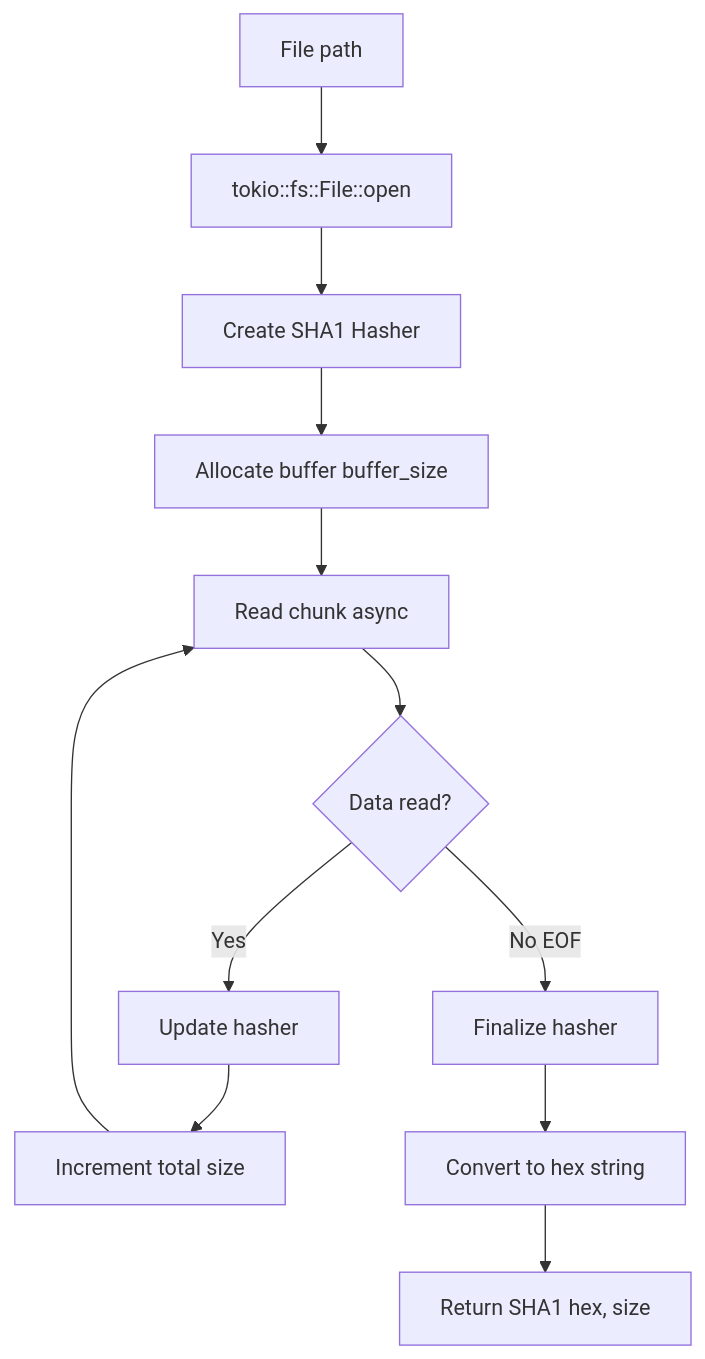
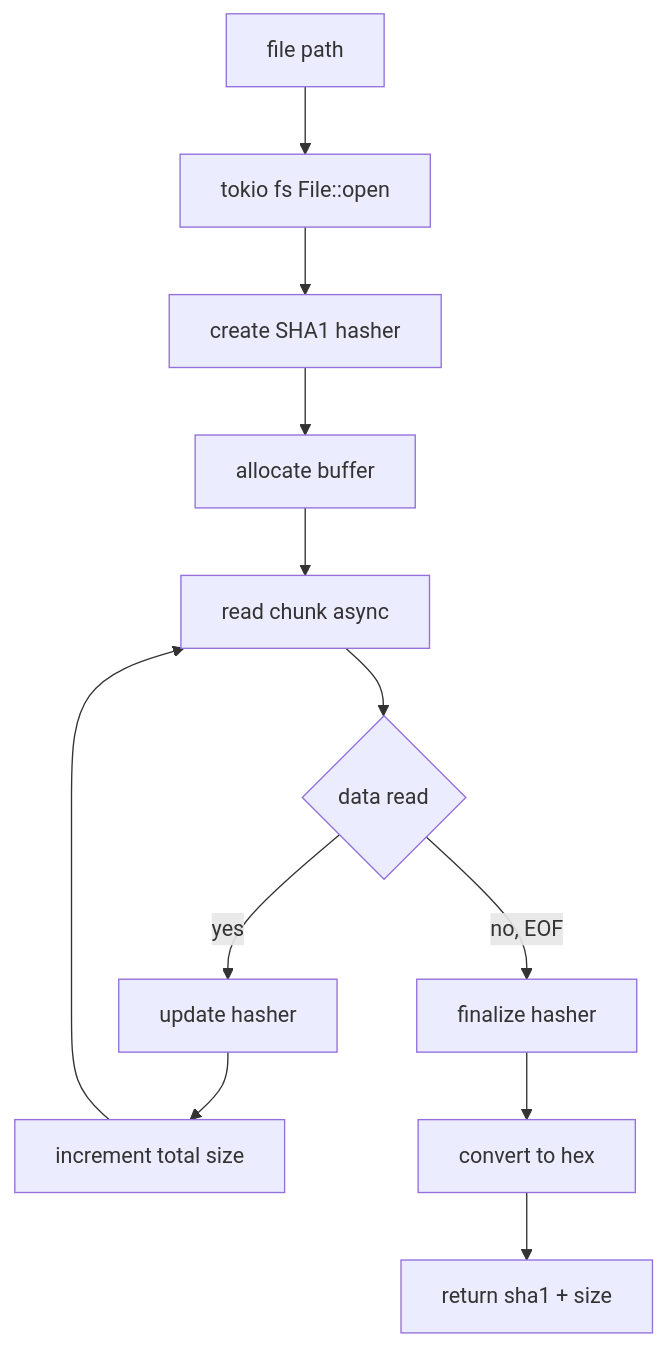
The third of 6 diagrams in crates/scanner/docs/flow.md (Lighty-Launcher/LightyUpdater), drawn with Mermaid before and after one commit. The commit also changed other lines of this file and 22 other files, not shown here.

First line of the commit message:
Simplify per-crate docs + harden mermaid for GitBook

````diff
--- a/crates/scanner/docs/flow.md
+++ b/crates/scanner/docs/flow.md
@@ -76,17 +76,14 @@
 ```mermaid
-graph TD
-    Start[File path] --> Open[tokio::fs::File::open]
-    Open --> CreateHasher[Create SHA1 Hasher]
-    CreateHasher --> CreateBuffer[Allocate buffer buffer_size]
-
-    CreateBuffer --> Read[Read chunk async]
-    Read --> CheckData{Data read?}
-
-    CheckData -->|Yes| Update[Update hasher]
-    Update --> AddSize[Increment total size]
-    AddSize --> Read
-
-    CheckData -->|No EOF| Finalize[Finalize hasher]
-    Finalize --> ToHex[Convert to hex string]
-    ToHex --> Return[Return SHA1 hex, size]
+flowchart TD
+    Start[file path] --> Open[tokio fs File::open]
+    Open --> Hasher[create SHA1 hasher]
+    Hasher --> Buf[allocate buffer]
+    Buf --> Read[read chunk async]
+    Read --> Check{data read}
+    Check -->|yes| Update[update hasher]
+    Update --> Add[increment total size]
+    Add --> Read
+    Check -->|no, EOF| Final[finalize hasher]
+    Final --> Hex[convert to hex]
+    Hex --> Done[return sha1 + size]
 ```
````
